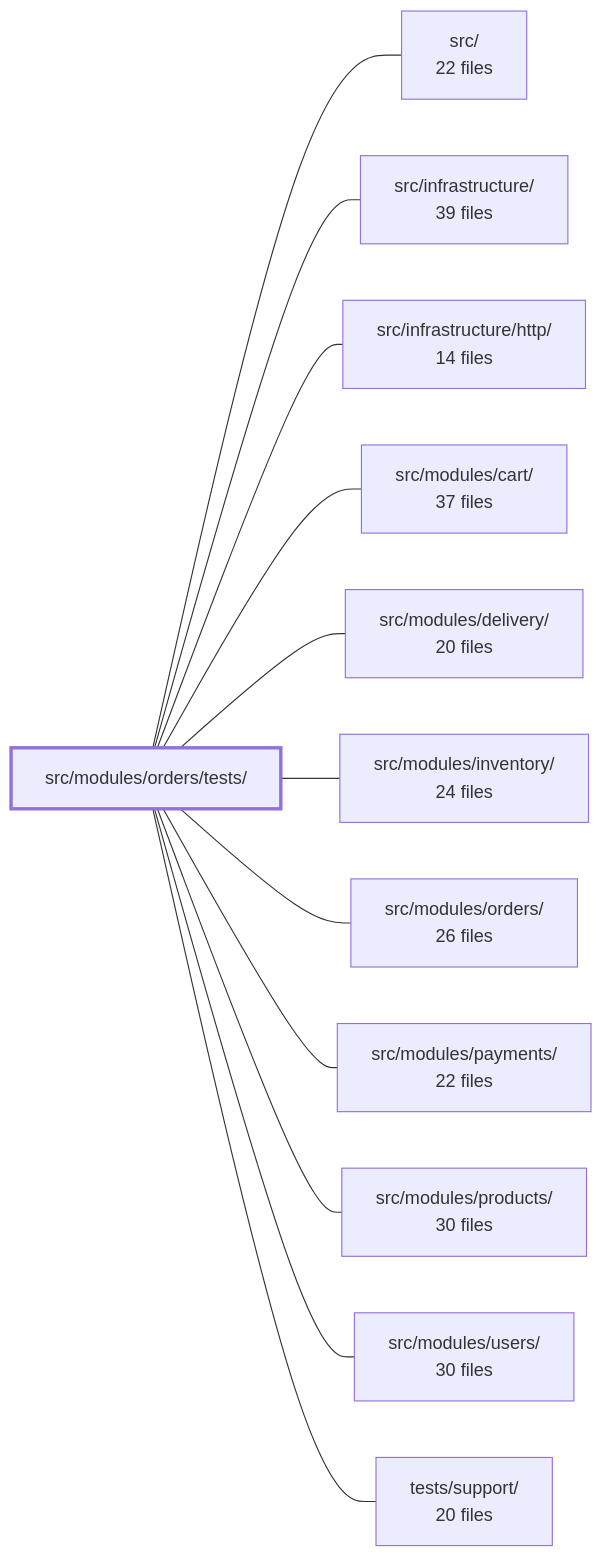
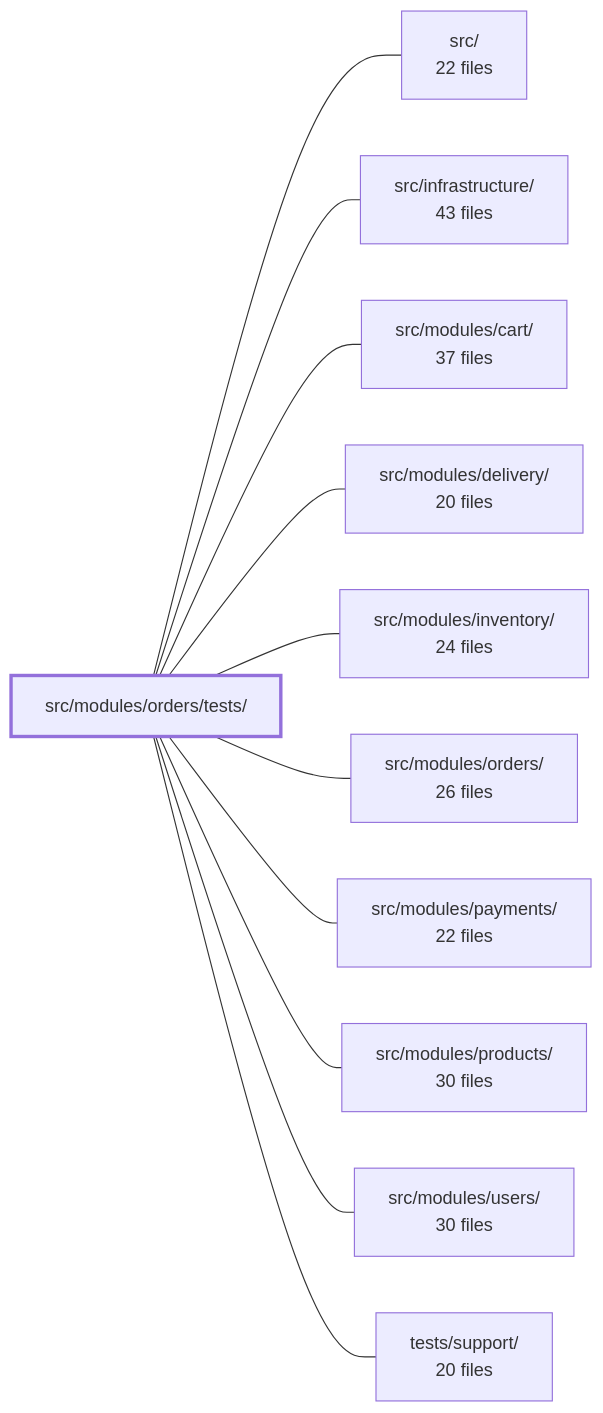
Before and after one commit to Guebbit/boilerplate-node-backend: the diagram in .2repo/modules/boilerplate-node-backend_src_modules_orders_tests.md, drawn with Mermaid. The commit also changed other lines of this file and 625 other files, not shown here.

````diff
--- a/.2repo/modules/boilerplate-node-backend_src_modules_orders_tests.md
+++ b/.2repo/modules/boilerplate-node-backend_src_modules_orders_tests.md
@@ -37,27 +47,25 @@
 ```mermaid
 flowchart LR
     m_src_modules_orders_tests["src/modules/orders/tests/"]
     m_src["src/<br/>22 files"]
-    m_src_infrastructure["src/infrastructure/<br/>39 files"]
-    m_src_infrastructure_http["src/infrastructure/http/<br/>14 files"]
+    m_src_infrastructure["src/infrastructure/<br/>43 files"]
     m_src_modules_cart["src/modules/cart/<br/>37 files"]
     m_src_modules_delivery["src/modules/delivery/<br/>20 files"]
     m_src_modules_inventory["src/modules/inventory/<br/>24 files"]
     m_src_modules_orders["src/modules/orders/<br/>26 files"]
     m_src_modules_payments["src/modules/payments/<br/>22 files"]
     m_src_modules_products["src/modules/products/<br/>30 files"]
     m_src_modules_users["src/modules/users/<br/>30 files"]
     m_tests_support["tests/support/<br/>20 files"]
     m_src_modules_orders_tests --- m_src
     m_src_modules_orders_tests --- m_src_infrastructure
-    m_src_modules_orders_tests --- m_src_infrastructure_http
     m_src_modules_orders_tests --- m_src_modules_cart
     m_src_modules_orders_tests --- m_src_modules_delivery
     m_src_modules_orders_tests --- m_src_modules_inventory
     m_src_modules_orders_tests --- m_src_modules_orders
     m_src_modules_orders_tests --- m_src_modules_payments
     m_src_modules_orders_tests --- m_src_modules_products
     m_src_modules_orders_tests --- m_src_modules_users
     m_src_modules_orders_tests --- m_tests_support
     style m_src_modules_orders_tests stroke-width:3px
 ```
````
